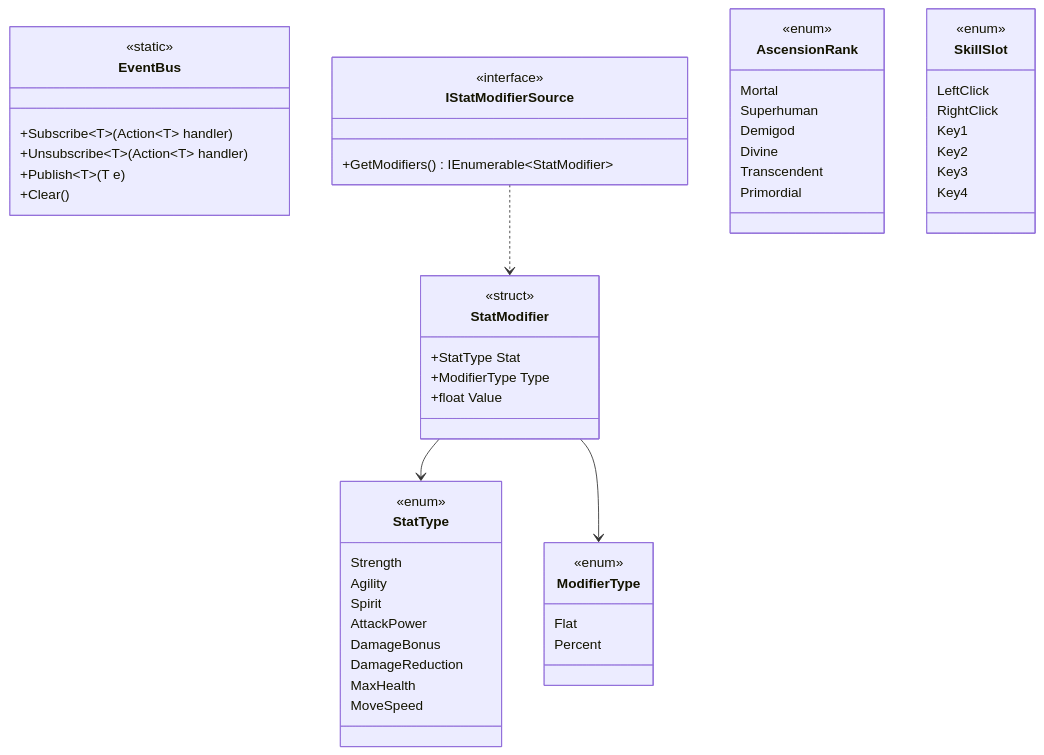
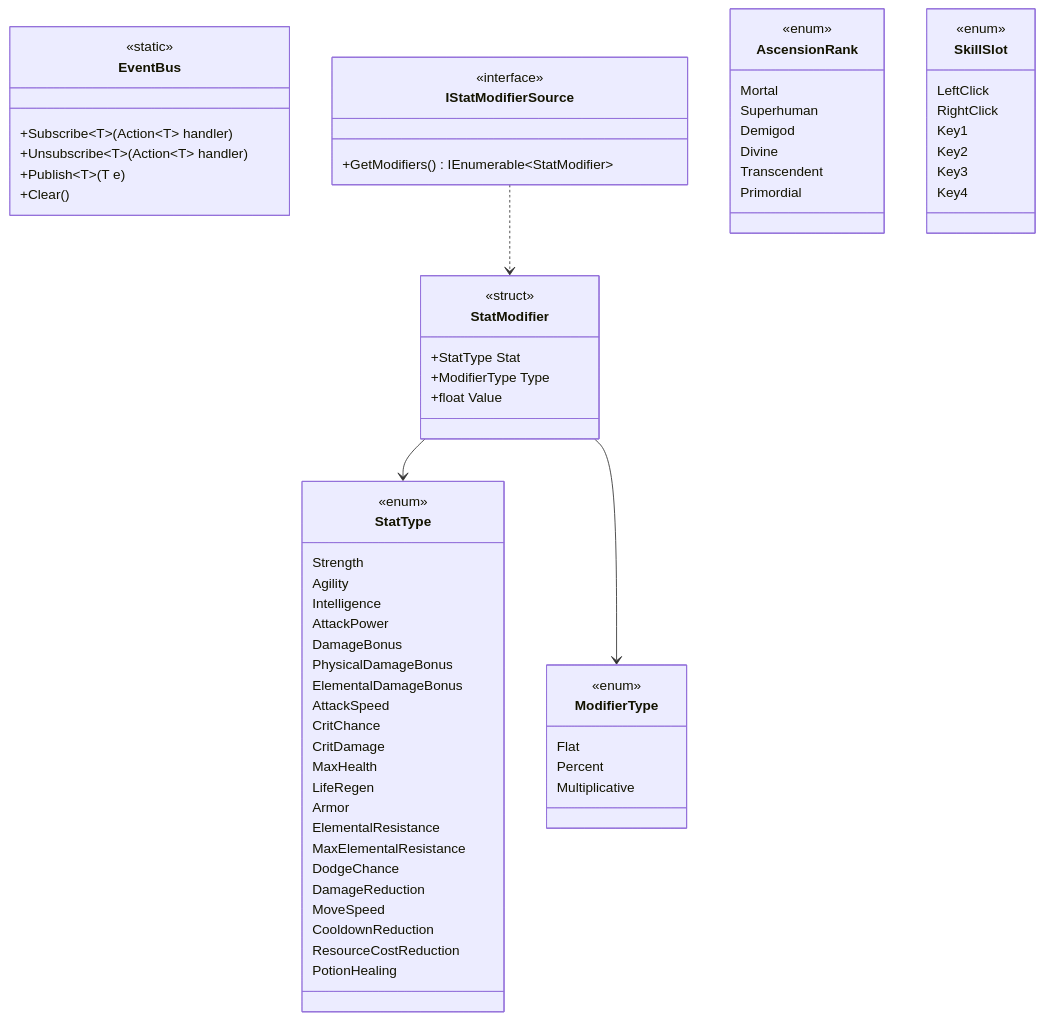
Before and after one commit to lwy0810/BROKEN-SOVEREIGN: the second of 17 diagrams in Docs/ClassDiagram.md, drawn with Mermaid. The commit also changed other lines of this file and 2 other files, not shown here.

````diff
--- a/Docs/ClassDiagram.md
+++ b/Docs/ClassDiagram.md
@@ -70,57 +70,71 @@
 ```mermaid
 classDiagram
     class EventBus {
         <<static>>
         +Subscribe~T~(Action~T~ handler)
         +Unsubscribe~T~(Action~T~ handler)
         +Publish~T~(T e)
         +Clear()
     }
     class StatModifier {
         <<struct>>
         +StatType Stat
         +ModifierType Type
         +float Value
     }
     class IStatModifierSource {
         <<interface>>
         +GetModifiers() IEnumerable~StatModifier~
     }
     class StatType {
         <<enum>>
         Strength
         Agility
-        Spirit
+        Intelligence
         AttackPower
         DamageBonus
+        PhysicalDamageBonus
+        ElementalDamageBonus
+        AttackSpeed
+        CritChance
+        CritDamage
+        MaxHealth
+        LifeRegen
+        Armor
+        ElementalResistance
+        MaxElementalResistance
+        DodgeChance
         DamageReduction
-        MaxHealth
         MoveSpeed
+        CooldownReduction
+        ResourceCostReduction
+        PotionHealing
     }
     class ModifierType {
         <<enum>>
         Flat
         Percent
+        Multiplicative
     }
     class AscensionRank {
         <<enum>>
         Mortal
         Superhuman
         Demigod
         Divine
         Transcendent
         Primordial
     }
     class SkillSlot {
         <<enum>>
         LeftClick
         RightClick
         Key1
         Key2
         Key3
         Key4
     }
     StatModifier --> StatType
     StatModifier --> ModifierType
     IStatModifierSource ..> StatModifier
 ```
````
